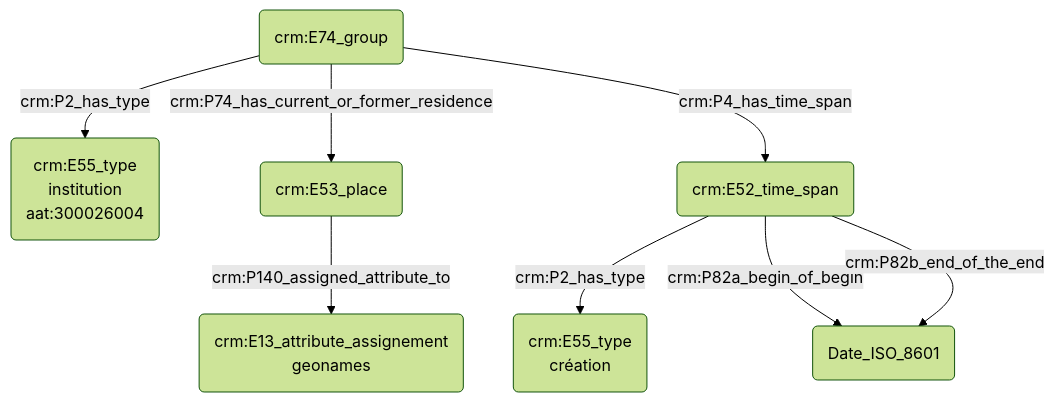
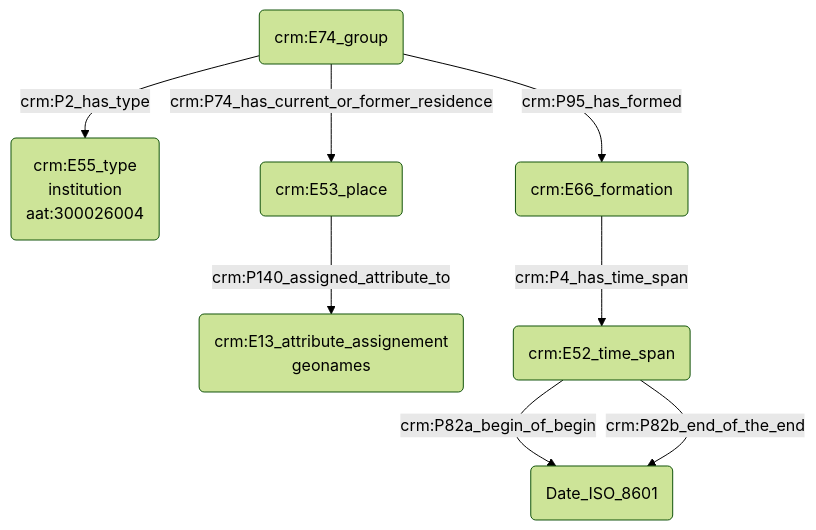
Before and after one commit to Amleth/consortium-musica2-gt2-ontologies: the diagram in modules/livrables/Dossier 2/Prosopographie/modélisation d'une institution.md, drawn with Mermaid (forest theme).

Commit message:
Update modélisation d'une institution.md

````diff
--- a/modules/livrables/Dossier 2/Prosopographie/modélisation d'une institution.md
+++ b/modules/livrables/Dossier 2/Prosopographie/modélisation d'une institution.md
@@ -17,12 +17,12 @@
 ```mermaid
 graph TD;
 
 A(crm:E74_group) -->|crm:P2_has_type| B(crm:E55_type<br>institution<br>aat:300026004)
 A(crm:E74_group) -->|crm:P74_has_current_or_former_residence| C(crm:E53_place)
 C(crm:E53_place) -->|crm:P140_assigned_attribute_to| D(crm:E13_attribute_assignement<br>geonames)
-A(crm:E74_group) -->|crm:P4_has_time_span| E(crm:E52_time_span)
-E(crm:E52_time_span) -->|crm:P2_has_type| G(crm:E55_type<br>création)
+A(crm:E74_group) -->|crm:P95_has_formed| G(crm:E66_formation)
+G(crm:E66_formation) -->|crm:P4_has_time_span| E(crm:E52_time_span)
 E(crm:E52_time_span) -->|crm:P82a_begin_of_begin| F(Date_ISO_8601)
 E(crm:E52_time_span) -->|crm:P82b_end_of_the_end| F(Date_ISO_8601)
 
 ```
````
